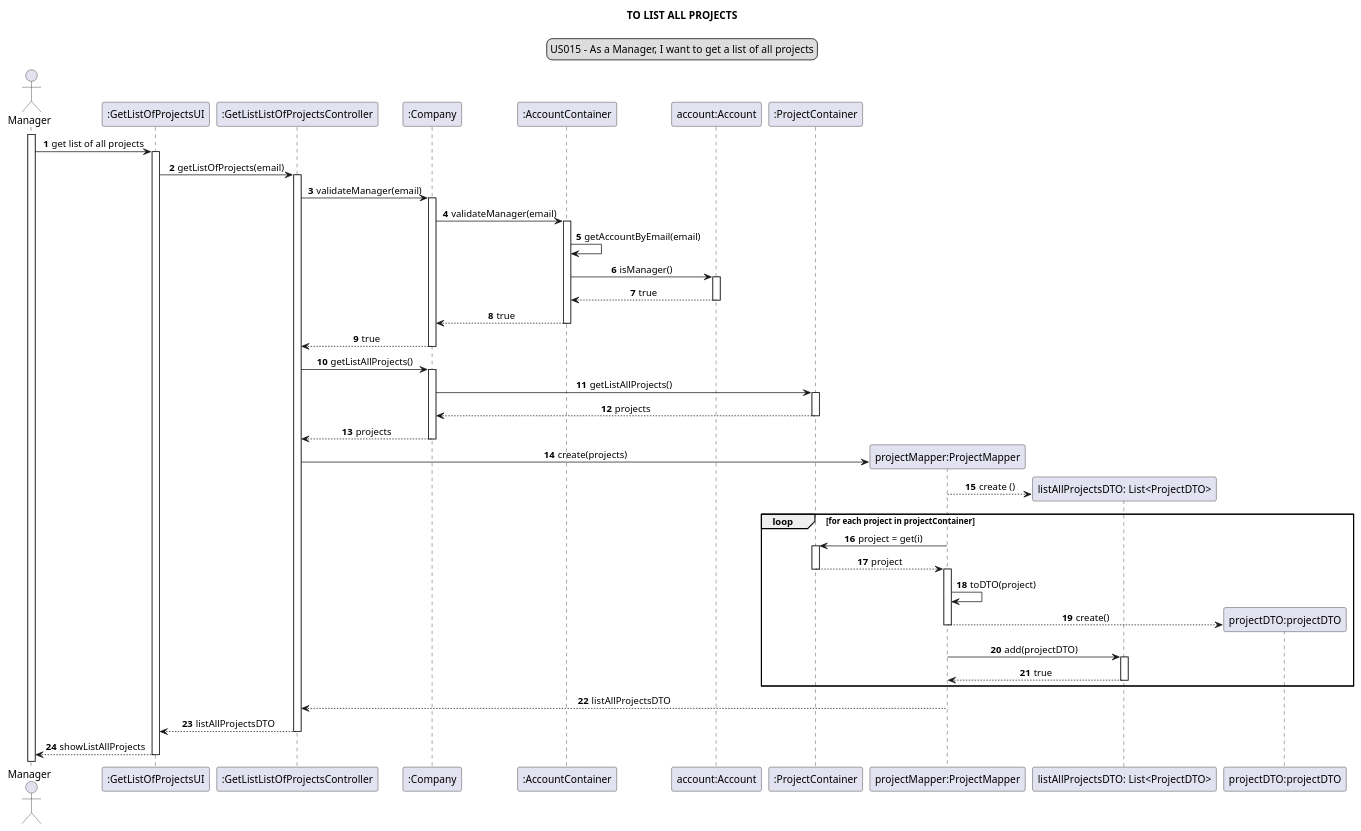
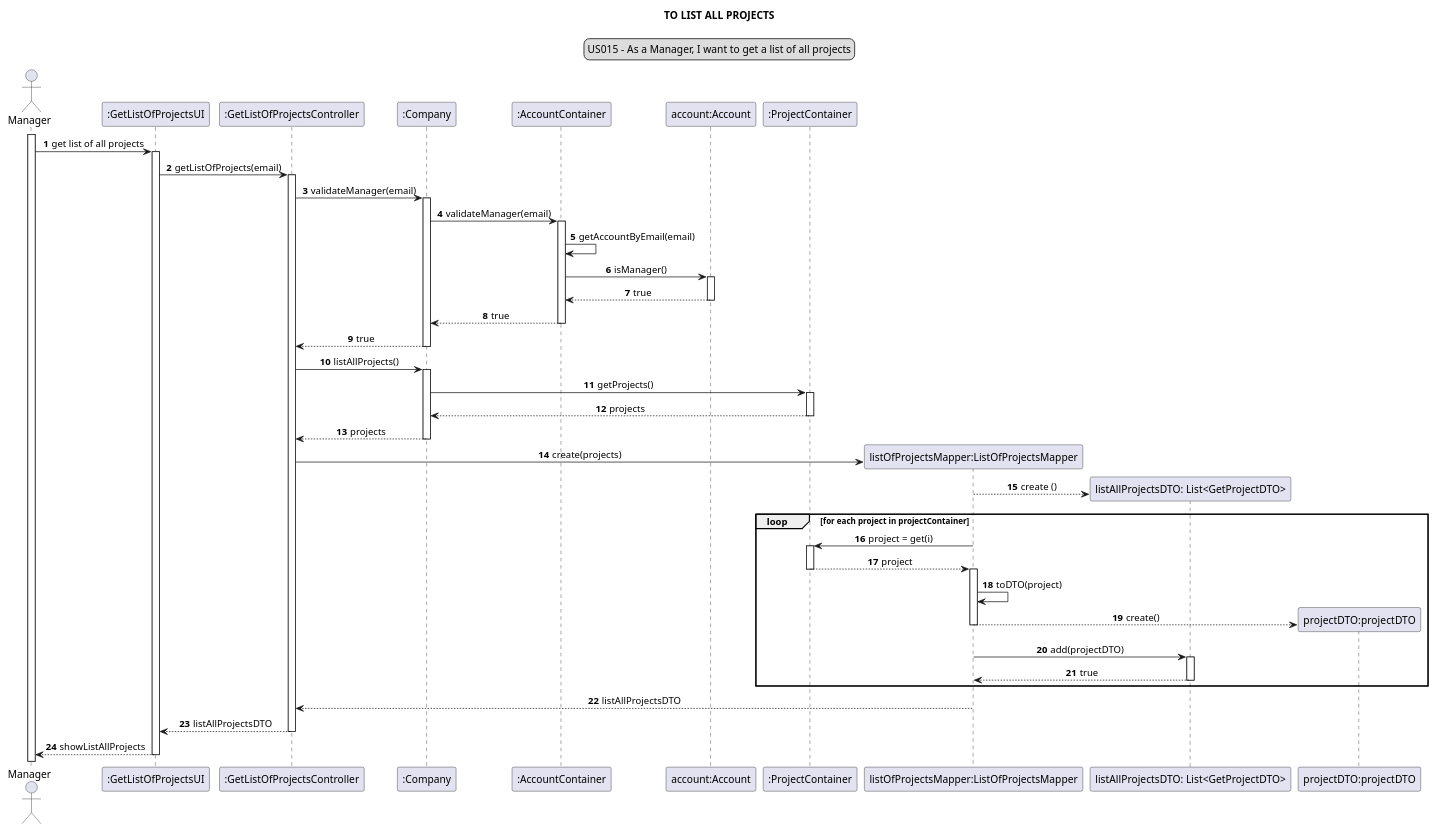
Before and after one commit to Loracline/project_switch_22-23: the diagram in docs/modelling_design/user_stories/sprint02/us015/US015_sequenceDiagram.puml, drawn with PlantUML. The commit also changed 3 other files, not shown here.

Commit message:
US015: Design: Refinement of sequence and class diagram and add respective png files

```diff
--- a/docs/modelling_design/user_stories/sprint02/us015/US015_sequenceDiagram.puml
+++ b/docs/modelling_design/user_stories/sprint02/us015/US015_sequenceDiagram.puml
@@ -1,70 +1,70 @@
 @startuml
 skinparam sequenceMessageAlign center
 title TO LIST ALL PROJECTS
 legend top
 US015 - As a Manager, I want to get a list of all projects
 end legend
 autonumber
 actor Manager
 participant ":GetListOfProjectsUI" as ui
-participant ":GetListListOfProjectsController" as controller
+participant ":GetListOfProjectsController" as controller
 participant ":Company" as company
 participant ":AccountContainer" as ac
 participant "account:Account" as a
 participant ":ProjectContainer" as pc
-participant "projectMapper:ProjectMapper" as mapper
-participant "listAllProjectsDTO: List<ProjectDTO>" as list
+participant "listOfProjectsMapper:ListOfProjectsMapper" as mapper
+participant "listAllProjectsDTO: List<GetProjectDTO>" as list
 participant "projectDTO:projectDTO" as DTO
 
 activate Manager
 Manager -> ui: get list of all projects
 activate ui
 ui -> controller: getListOfProjects(email)
 activate controller
 controller -> company: validateManager(email)
 activate company
 company -> ac: validateManager(email)
 activate ac
 ac -> ac: getAccountByEmail(email)
 ac -> a: isManager()
 activate a
 a --> ac: true
 deactivate a
 ac --> company: true
 deactivate ac
 company --> controller: true
 deactivate company
-controller -> company: getListAllProjects()
+controller -> company: listAllProjects()
 activate company
-company -> pc: getListAllProjects()
+company -> pc: getProjects()
 activate pc
 pc --> company: projects
 deactivate pc
 company --> controller: projects
 deactivate company
 create mapper
 controller -> mapper: create(projects)
 create list
 mapper --> list: create ()
 loop for each project in projectContainer
 mapper -> pc: project = get(i)
 activate pc
 pc --> mapper: project
 deactivate pc
 activate mapper
 mapper -> mapper : toDTO(project)
 create DTO
 mapper --> DTO : create()
 deactivate mapper
 mapper ->list :add(projectDTO)
 activate list
 list --> mapper : true
 deactivate list
 end loop
 mapper --> controller :listAllProjectsDTO
 deactivate mapper
 controller --> ui: listAllProjectsDTO
 deactivate controller
 ui --> Manager: showListAllProjects
 deactivate ui
 @enduml
```
